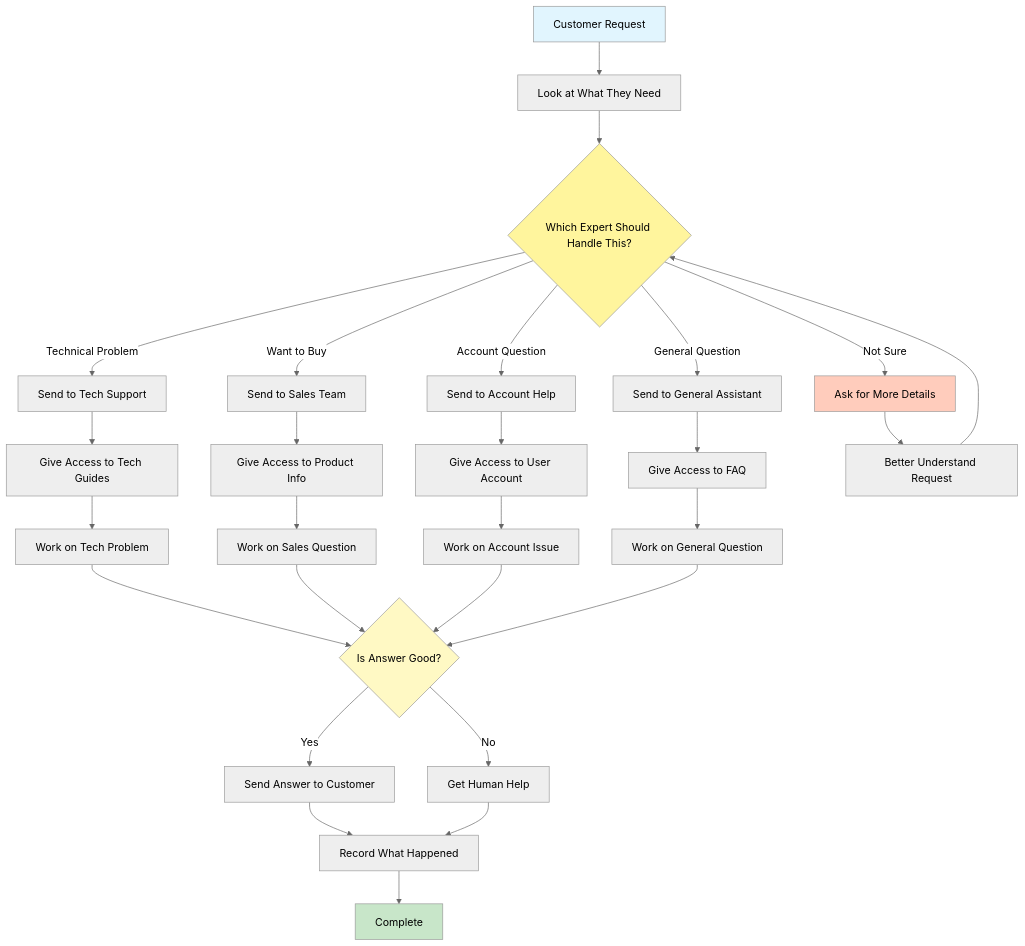
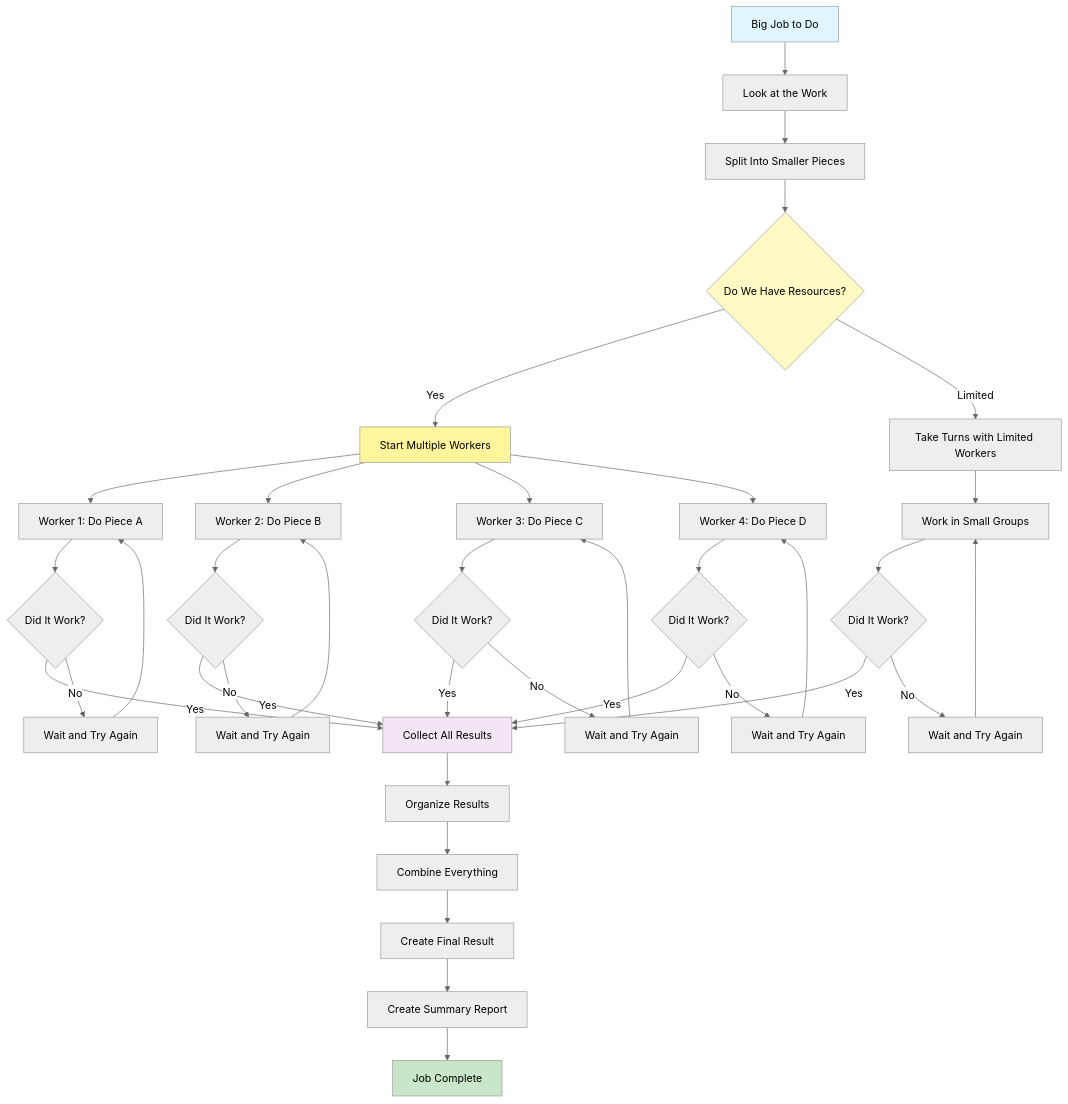
Before and after one commit to Adrian-patrick/agentic-ai-design-patterns: the diagram in diagram.mmd, drawn with Mermaid (neutral theme). The commit also changed 13 other files, not shown here.

```diff
--- a/diagram.mmd
+++ b/diagram.mmd
@@ -1,39 +1,48 @@
 graph TD
-    Start[Customer Request] --> Look[Look at What They Need]
-    Look --> Decide{Which Expert Should Handle This?}
+    Start[Big Job to Do] --> Look[Look at the Work]
+    Look --> Split[Split Into Smaller Pieces]
     
-    Decide -->|Technical Problem| Tech[Send to Tech Support]
-    Decide -->|Want to Buy| Sales[Send to Sales Team]
-    Decide -->|Account Question| Account[Send to Account Help]
-    Decide -->|General Question| General[Send to General Assistant]
-    Decide -->|Not Sure| Ask[Ask for More Details]
+    Split --> Check{Do We Have Resources?}
+    Check -->|Yes| Start_Workers[Start Multiple Workers]
+    Check -->|Limited| Queue[Take Turns with Limited Workers]
     
-    Tech --> TechTools[Give Access to Tech Guides]
-    Sales --> SalesTools[Give Access to Product Info]
-    Account --> AccountTools[Give Access to User Account]
-    General --> GeneralTools[Give Access to FAQ]
+    Start_Workers --> W1[Worker 1: Do Piece A]
+    Start_Workers --> W2[Worker 2: Do Piece B]
+    Start_Workers --> W3[Worker 3: Do Piece C]
+    Start_Workers --> W4[Worker 4: Do Piece D]
+    Queue --> Batch[Work in Small Groups]
     
-    TechTools --> Work1[Work on Tech Problem]
-    SalesTools --> Work2[Work on Sales Question]
-    AccountTools --> Work3[Work on Account Issue]
-    GeneralTools --> Work4[Work on General Question]
-    Ask --> Understand[Better Understand Request]
+    W1 --> Try1{Did It Work?}
+    W2 --> Try2{Did It Work?}
+    W3 --> Try3{Did It Work?}
+    W4 --> Try4{Did It Work?}
+    Batch --> Try5{Did It Work?}
     
-    Work1 --> Check{Is Answer Good?}
-    Work2 --> Check
-    Work3 --> Check
-    Work4 --> Check
-    Understand --> Decide
+    Try1 -->|Yes| Collect[Collect All Results]
+    Try1 -->|No| Wait1[Wait and Try Again]
+    Try2 -->|Yes| Collect
+    Try2 -->|No| Wait2[Wait and Try Again]
+    Try3 -->|Yes| Collect
+    Try3 -->|No| Wait3[Wait and Try Again]
+    Try4 -->|Yes| Collect
+    Try4 -->|No| Wait4[Wait and Try Again]
+    Try5 -->|Yes| Collect
+    Try5 -->|No| Wait5[Wait and Try Again]
     
-    Check -->|Yes| Answer[Send Answer to Customer]
-    Check -->|No| Backup[Get Human Help]
+    Wait1 --> W1
+    Wait2 --> W2
+    Wait3 --> W3
+    Wait4 --> W4
+    Wait5 --> Batch
     
-    Answer --> Record[Record What Happened]
-    Backup --> Record
-    Record --> End[Complete]
+    Collect --> Organize[Organize Results]
+    Organize --> Combine[Combine Everything]
+    Combine --> Final[Create Final Result]
+    Final --> Summary[Create Summary Report]
+    Summary --> End[Job Complete]
 
     style Start fill:#e1f5fe
-    style Decide fill:#fff59d
-    style Ask fill:#ffccbc
+    style Start_Workers fill:#fff59d
+    style Collect fill:#f3e5f5
+    style End fill:#c8e6c9
     style Check fill:#fff9c4
-    style End fill:#c8e6c9
```
